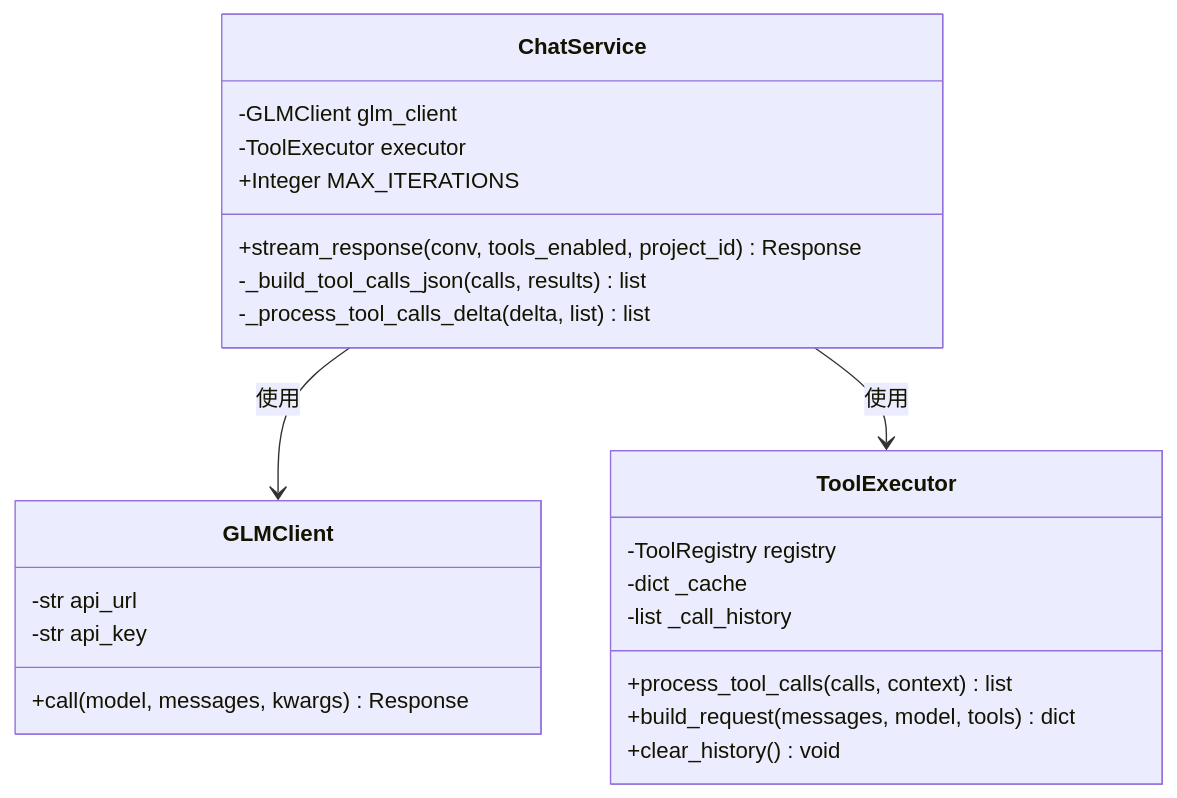
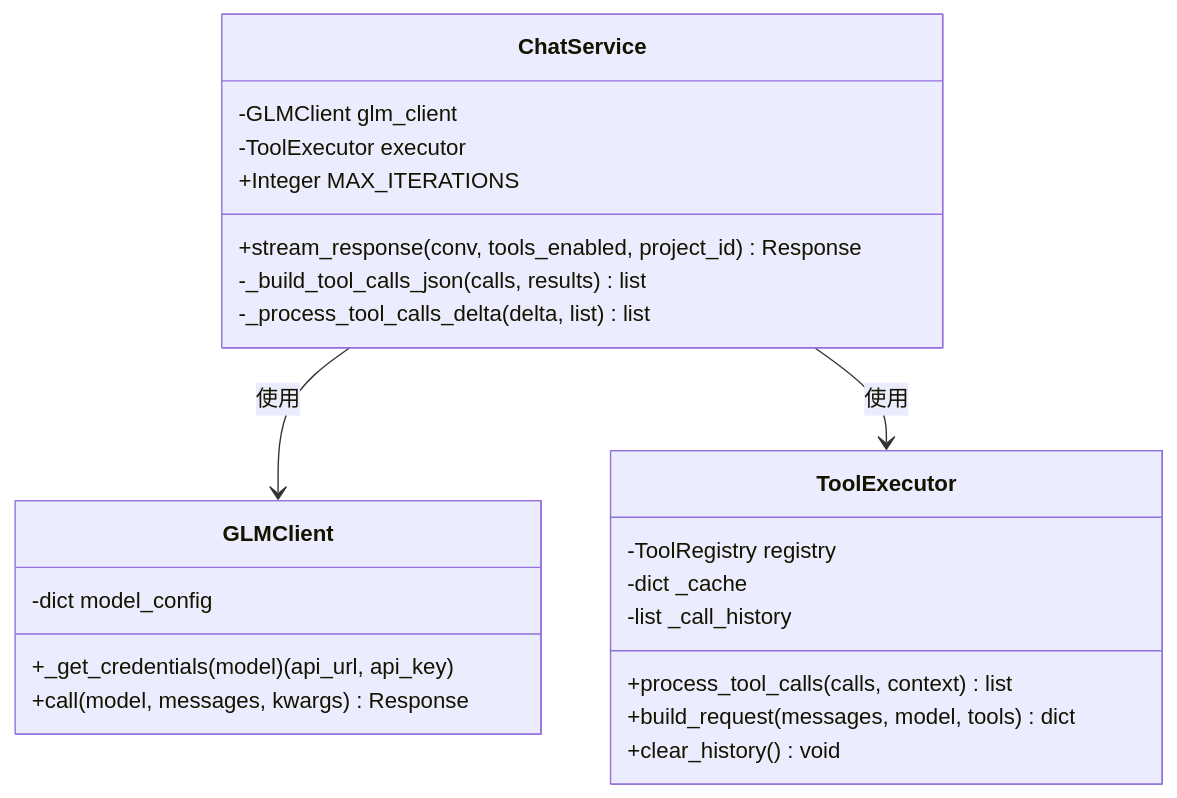
One commit to ViperEkura/nanoClaw changed the third of 5 diagrams in docs/Design.md. Above: the diagram before and after it, drawn with Mermaid. The commit also changed other lines of this file and 15 other files, not shown here.

````diff
--- a/docs/Design.md
+++ b/docs/Design.md
@@ -189,31 +189,31 @@
 ```mermaid
 classDiagram
     direction TB
 
     class ChatService {
         -GLMClient glm_client
         -ToolExecutor executor
         +Integer MAX_ITERATIONS
         +stream_response(conv, tools_enabled, project_id) Response
         -_build_tool_calls_json(calls, results) list
         -_process_tool_calls_delta(delta, list) list
     }
 
     class GLMClient {
-        -str api_url
-        -str api_key
+        -dict model_config
+        +_get_credentials(model) (api_url, api_key)
         +call(model, messages, kwargs) Response
     }
 
     class ToolExecutor {
         -ToolRegistry registry
         -dict _cache
         -list _call_history
         +process_tool_calls(calls, context) list
         +build_request(messages, model, tools) dict
         +clear_history() void
     }
 
     ChatService --> GLMClient : 使用
     ChatService --> ToolExecutor : 使用
 ```
````
